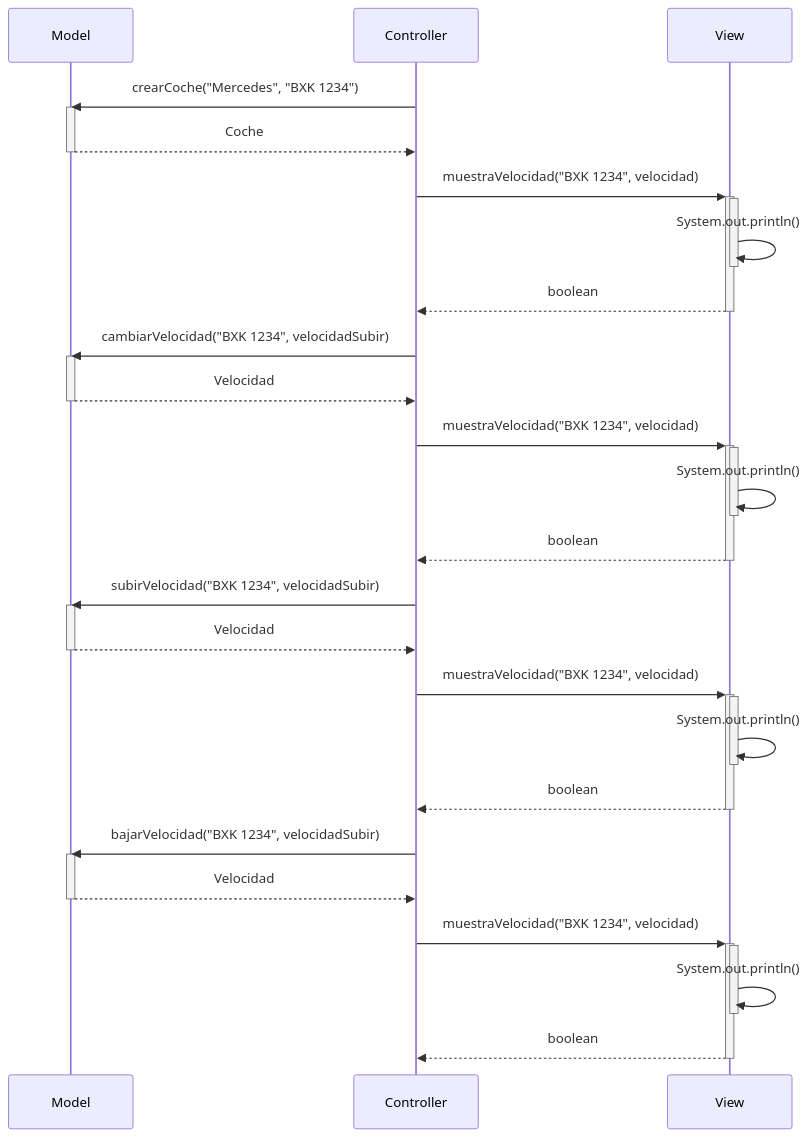
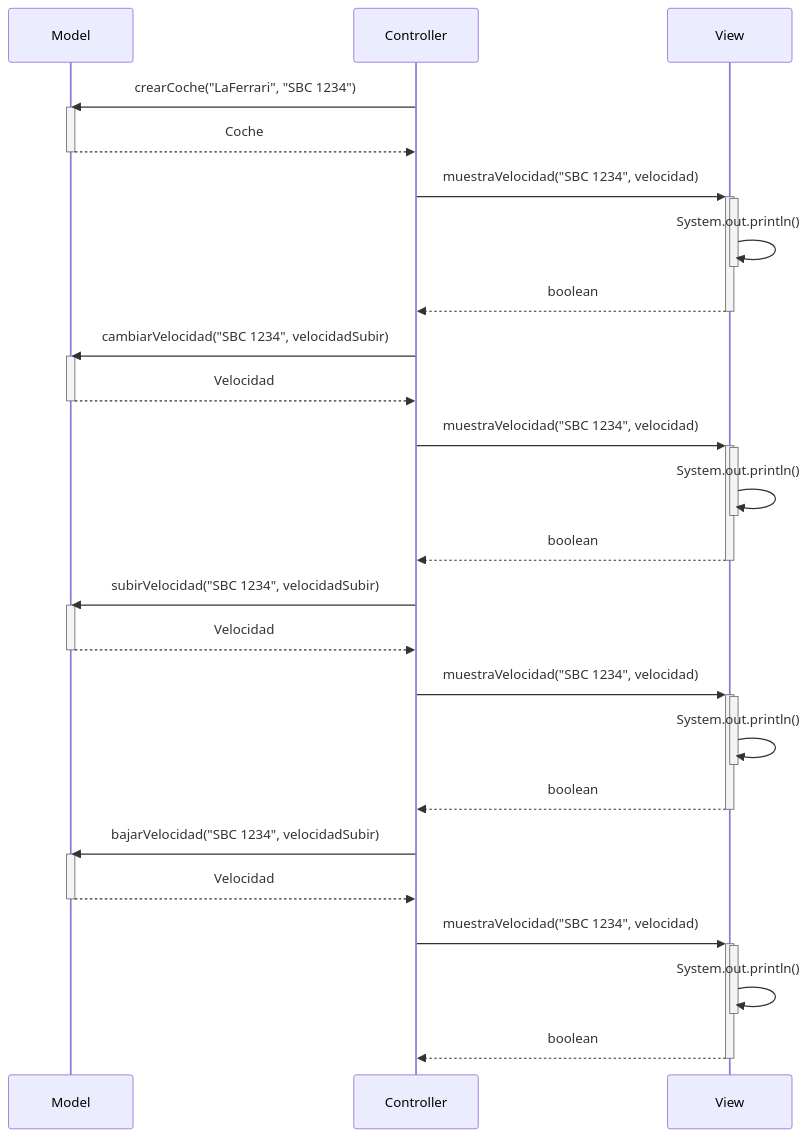
One commit to damiancastelao/MVC_coches_solucion changed the third of 3 diagrams in Readme.md. Above: the diagram before and after it, drawn with Mermaid.

Commit message:
Arreglo readme

````diff
--- a/Readme.md
+++ b/Readme.md
@@ -77,43 +77,43 @@
 ```mermaid
 sequenceDiagram
     participant Model
     participant Controller
     participant View
-    Controller->>Model: crearCoche("Mercedes", "BXK 1234")
+    Controller->>Model: crearCoche("LaFerrari", "SBC 1234")
     activate Model
     Model-->>Controller: Coche
     deactivate Model
-    Controller->>+View: muestraVelocidad("BXK 1234", velocidad)
+    Controller->>+View: muestraVelocidad("SBC 1234", velocidad)
     activate View
     View->>-View: System.out.println()
     View-->>Controller: boolean
     deactivate View
-    Controller->>Model: cambiarVelocidad("BXK 1234", velocidadSubir)
+    Controller->>Model: cambiarVelocidad("SBC 1234", velocidadSubir)
     activate Model
     Model-->>Controller: Velocidad
     deactivate Model
-    Controller->>+View: muestraVelocidad("BXK 1234", velocidad)
+    Controller->>+View: muestraVelocidad("SBC 1234", velocidad)
     activate View
     View->>-View: System.out.println()
     View-->>Controller: boolean
     deactivate View
-    Controller->>Model: subirVelocidad("BXK 1234", velocidadSubir)
+    Controller->>Model: subirVelocidad("SBC 1234", velocidadSubir)
     activate Model
     Model-->>Controller: Velocidad
     deactivate Model
-    Controller->>+View: muestraVelocidad("BXK 1234", velocidad)
+    Controller->>+View: muestraVelocidad("SBC 1234", velocidad)
     activate View
     View->>-View: System.out.println()
     View-->>Controller: boolean
     deactivate View
-    Controller->>Model: bajarVelocidad("BXK 1234", velocidadSubir)
+    Controller->>Model: bajarVelocidad("SBC 1234", velocidadSubir)
     activate Model
     Model-->>Controller: Velocidad
     deactivate Model
-    Controller->>+View: muestraVelocidad("BXK 1234", velocidad)
+    Controller->>+View: muestraVelocidad("SBC 1234", velocidad)
     activate View
     View->>-View: System.out.println()
     View-->>Controller: boolean
     deactivate View
     
 ```
````
